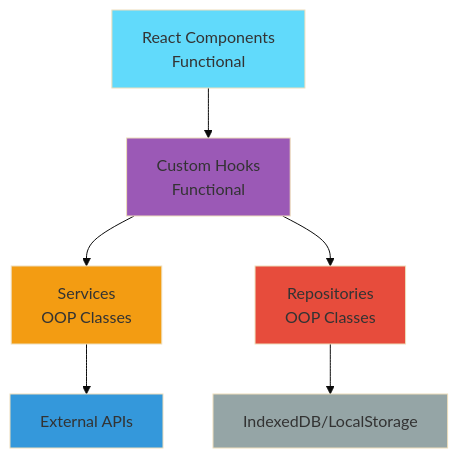
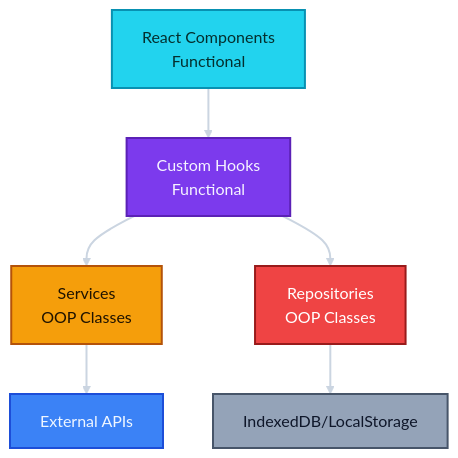
The first of 2 diagrams in docs/README.md (Xeze-org/Anie-Frontend), drawn with Mermaid (base theme) before and after one commit. The commit also changed 5 other files, not shown here.

Commit message:
Update documentation styles across architecture, components, hooks, repositories, and services

````diff
--- a/docs/README.md
+++ b/docs/README.md
@@ -50,15 +50,16 @@
 ```mermaid
 graph TB
     A[React Components<br/>Functional] --> B[Custom Hooks<br/>Functional]
     B --> C[Services<br/>OOP Classes]
     B --> D[Repositories<br/>OOP Classes]
     C --> E[External APIs]
     D --> F[IndexedDB/LocalStorage]
     
-    style A fill:#61dafb
-    style B fill:#9b59b6
-    style C fill:#f39c12
-    style D fill:#e74c3c
-    style E fill:#3498db
-    style F fill:#95a5a6
+    style A fill:#22d3ee,stroke:#0891b2,stroke-width:2px,color:#042f2e
+    style B fill:#7c3aed,stroke:#5b21b6,stroke-width:2px,color:#f5f3ff
+    style C fill:#f59e0b,stroke:#b45309,stroke-width:2px,color:#1f1300
+    style D fill:#ef4444,stroke:#991b1b,stroke-width:2px,color:#ffffff
+    style E fill:#3b82f6,stroke:#1d4ed8,stroke-width:2px,color:#eff6ff
+    style F fill:#94a3b8,stroke:#475569,stroke-width:2px,color:#0f172a
+    linkStyle default stroke:#cbd5e1,stroke-width:2px
 ```
````
